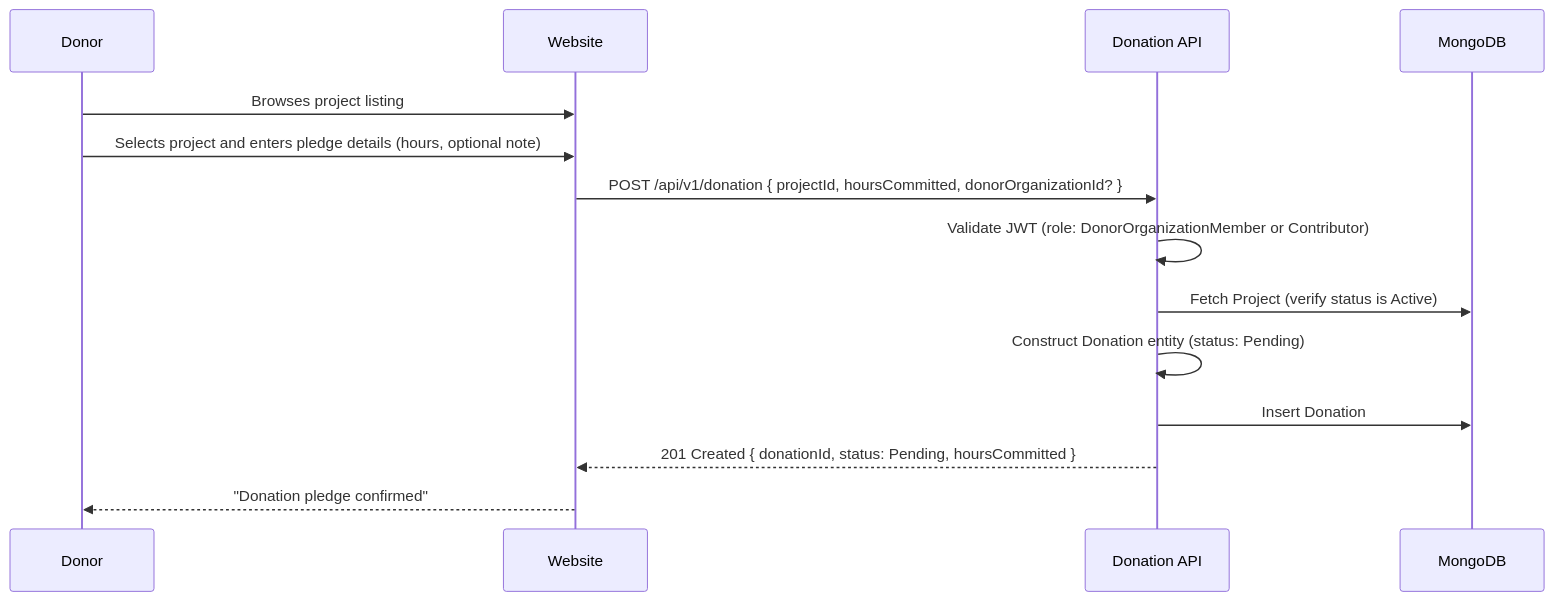
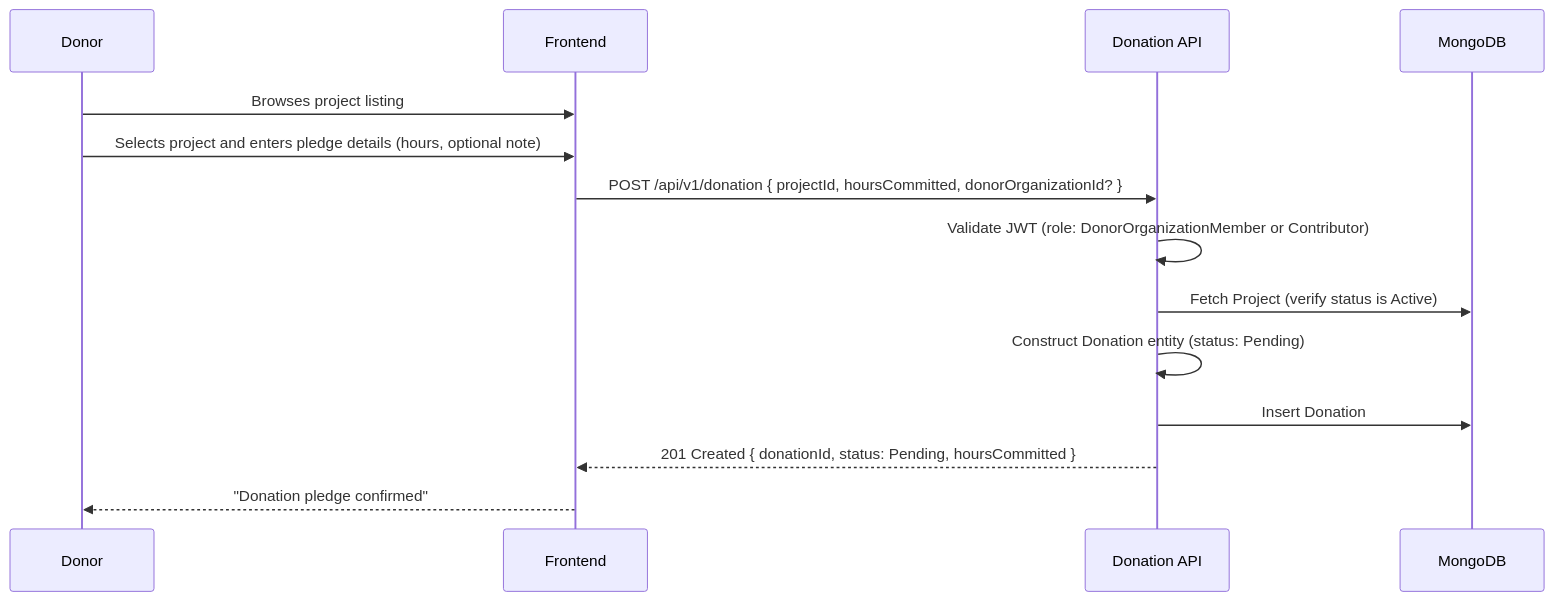
The third of 6 diagrams in docs/donation/donation-sequence-diagrams.md (wouterfennis/TimeForCode), drawn with Mermaid before and after one commit. The commit also changed other lines of this file and 142 other files, not shown here.

````diff
--- a/docs/donation/donation-sequence-diagrams.md
+++ b/docs/donation/donation-sequence-diagrams.md
@@ -83,17 +83,17 @@
 ```mermaid
 sequenceDiagram
     participant Donor
-    participant Website
+    participant Frontend
     participant DonationAPI as Donation API
     participant MongoDB
 
-    Donor->>Website: Browses project listing
-    Donor->>Website: Selects project and enters pledge details (hours, optional note)
-    Website->>DonationAPI: POST /api/v1/donation { projectId, hoursCommitted, donorOrganizationId? }
+    Donor->>Frontend: Browses project listing
+    Donor->>Frontend: Selects project and enters pledge details (hours, optional note)
+    Frontend->>DonationAPI: POST /api/v1/donation { projectId, hoursCommitted, donorOrganizationId? }
     DonationAPI->>DonationAPI: Validate JWT (role: DonorOrganizationMember or Contributor)
     DonationAPI->>MongoDB: Fetch Project (verify status is Active)
     DonationAPI->>DonationAPI: Construct Donation entity (status: Pending)
     DonationAPI->>MongoDB: Insert Donation
-    DonationAPI-->>Website: 201 Created { donationId, status: Pending, hoursCommitted }
-    Website-->>Donor: "Donation pledge confirmed"
+    DonationAPI-->>Frontend: 201 Created { donationId, status: Pending, hoursCommitted }
+    Frontend-->>Donor: "Donation pledge confirmed"
 ```
````
